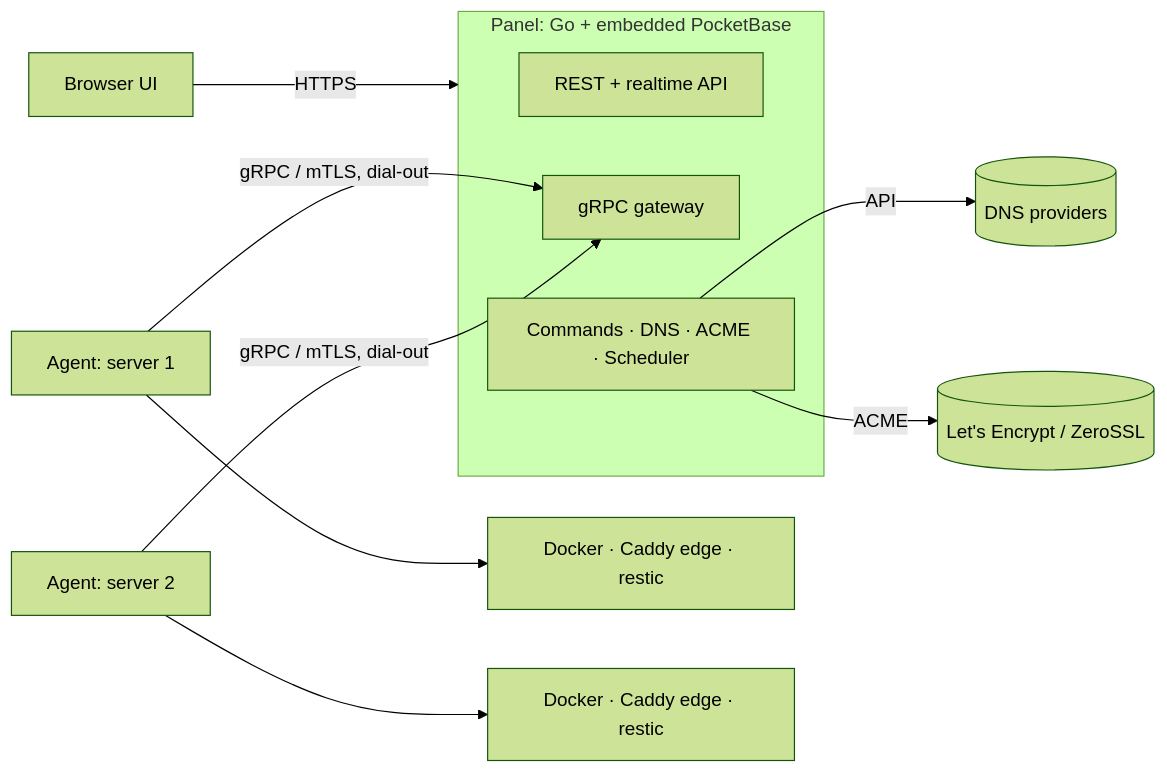
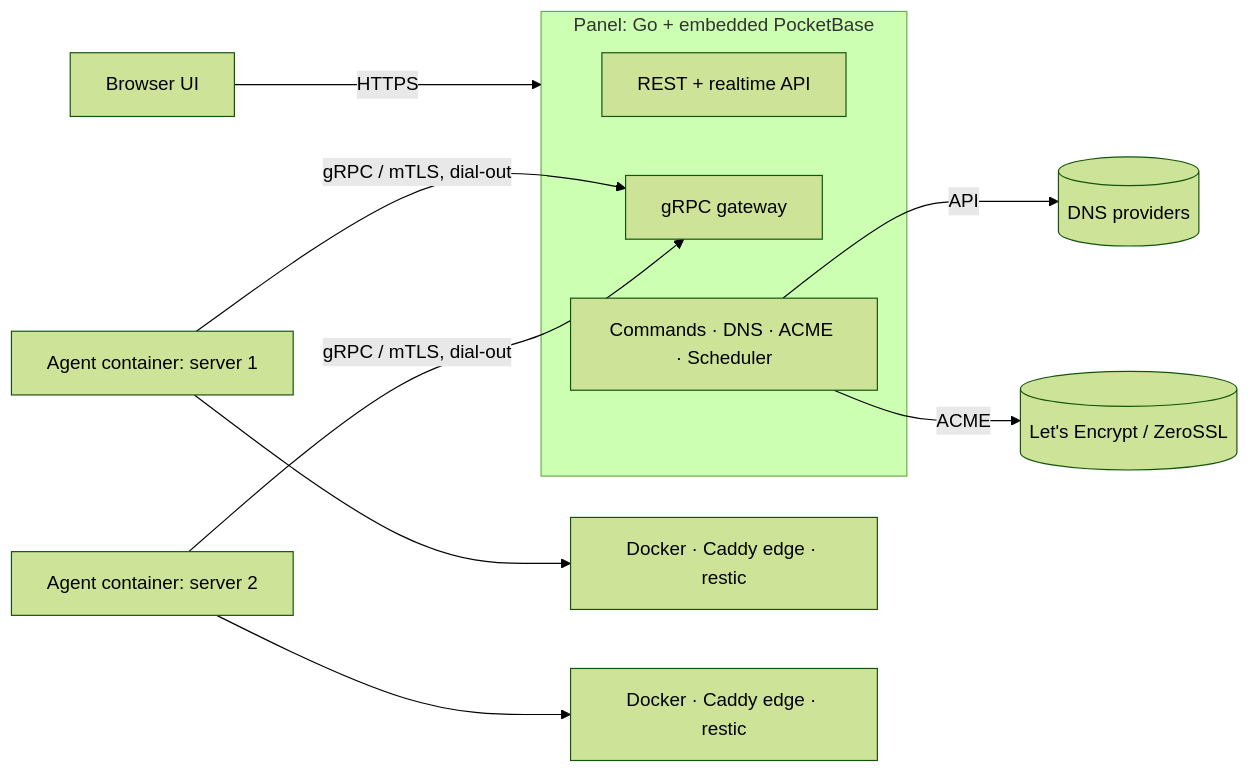
The diagram in README.md (oldbear24/PocketServerManager), drawn with Mermaid (forest theme) before and after one commit. The commit also changed other lines of this file and 16 other files, not shown here.

````diff
--- a/README.md
+++ b/README.md
@@ -22,15 +22,15 @@
 ```mermaid
 flowchart LR
   UI[Browser UI] -- HTTPS --> P
   subgraph P[Panel: Go + embedded PocketBase]
     API[REST + realtime API]
     GW[gRPC gateway]
     MGR[Commands · DNS · ACME · Scheduler]
   end
-  A1[Agent: server 1] -- gRPC / mTLS, dial-out --> GW
-  A2[Agent: server 2] -- gRPC / mTLS, dial-out --> GW
+  A1[Agent container: server 1] -- gRPC / mTLS, dial-out --> GW
+  A2[Agent container: server 2] -- gRPC / mTLS, dial-out --> GW
   MGR -- API --> DNS[(DNS providers)]
   MGR -- ACME --> CA[(Let's Encrypt / ZeroSSL)]
   A1 --> D1[Docker · Caddy edge · restic]
   A2 --> D2[Docker · Caddy edge · restic]
 ```
````
